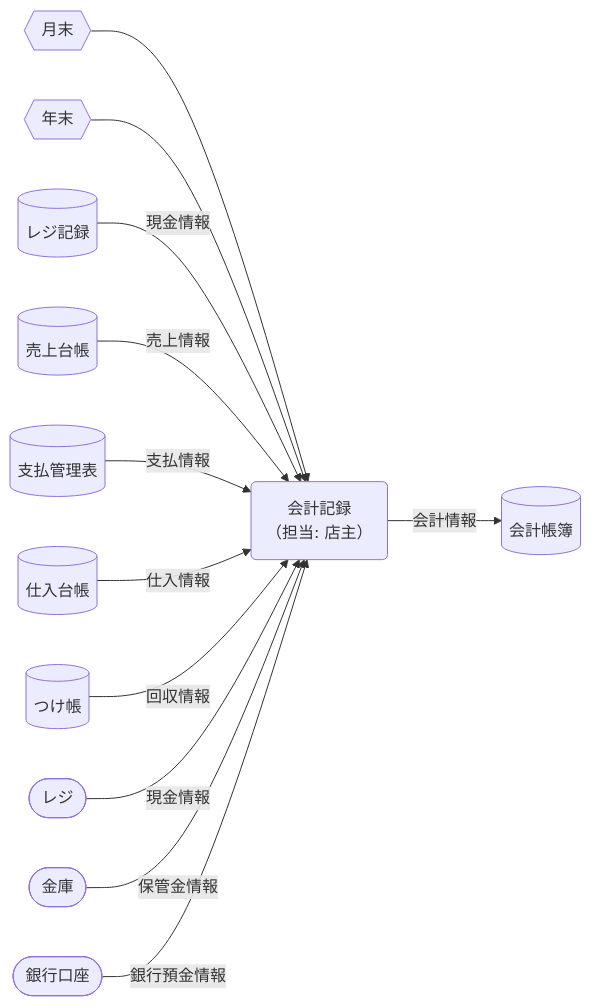
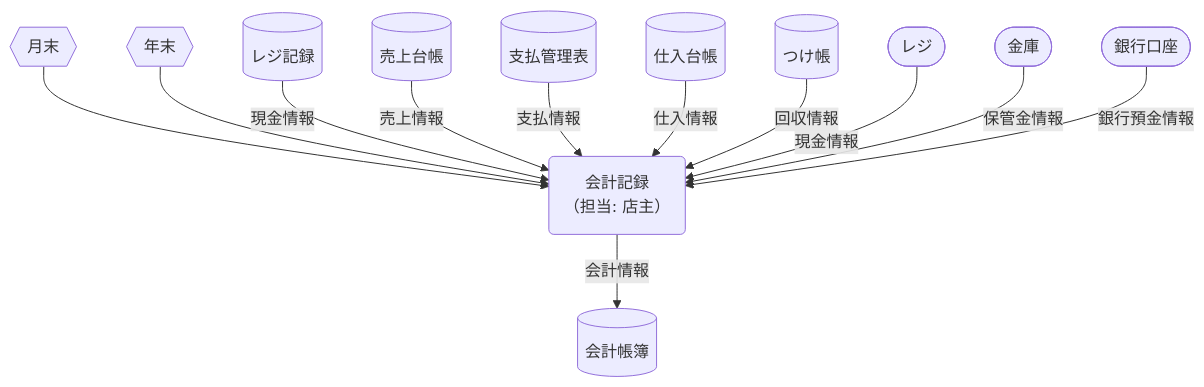
One commit to naoji3x/grandma-candy-shop changed diagram 11 of 11 in docs/project/010-業務仕様/010-概念データフロー図/販売管理概念データフロー（現状）.md. Above: the diagram before and after it, drawn with Mermaid. The commit also changed other lines of this file, not shown here.

````diff
--- a/docs/project/010-業務仕様/010-概念データフロー図/販売管理概念データフロー（現状）.md
+++ b/docs/project/010-業務仕様/010-概念データフロー図/販売管理概念データフロー（現状）.md
@@ -493,35 +496,35 @@
 ```mermaid
-flowchart LR
+flowchart TB
   %% プロセス
   会計記録("会計記録<br>（担当: 店主）")
 
   %% イベント
   月次処理{{"月末"}}
   年次処理{{"年末"}}
 
   %% データストア
   レジ記録[(レジ記録)]
   売上台帳[(売上台帳)]
   つけ帳[(つけ帳)]
   支払管理表[(支払管理表)]
   会計帳簿[(会計帳簿)]
   仕入台帳[(仕入台帳)]
 
   %% 物理保管
   レジ([レジ])
   金庫([金庫])
   銀行口座([銀行口座])
 
   %% 会計記録（月次・年次）
   月次処理 --> 会計記録
   年次処理 --> 会計記録
   レジ記録 -->|現金情報| 会計記録
   売上台帳 -->|売上情報| 会計記録
   支払管理表 -->|支払情報| 会計記録
   仕入台帳 -->|仕入情報| 会計記録
   つけ帳 -->|回収情報| 会計記録
   レジ -->|現金情報| 会計記録
   金庫 -->|保管金情報| 会計記録
   銀行口座 -->|銀行預金情報| 会計記録
   会計記録 -->|会計情報| 会計帳簿
 ```
````
